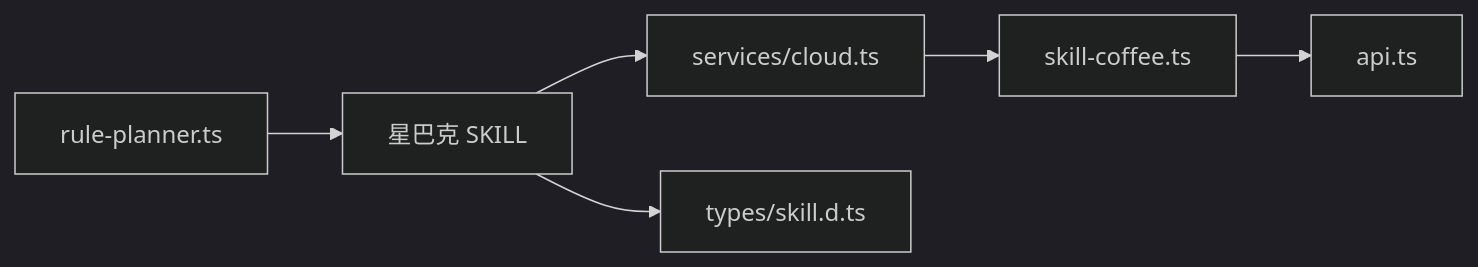
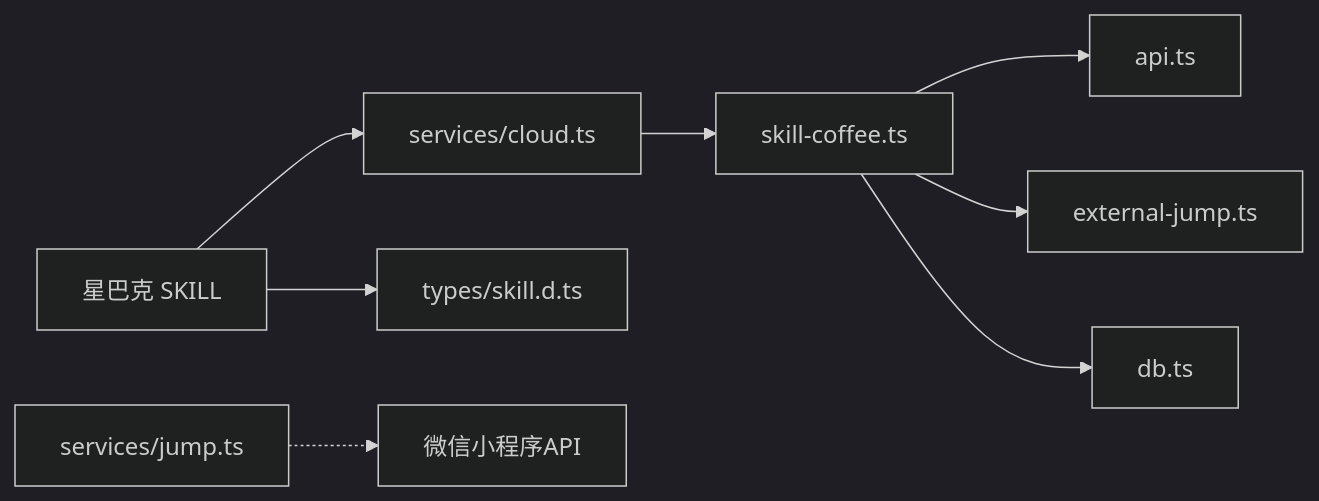
Before and after one commit to Ichi-Hackton/WAIC-WeChat-MiniProgram: the tenth of 10 diagrams in .qoder/repowiki/zh/content/云端服务/SKILL服务端点/星巴克咖啡SKILL.md, drawn with Mermaid (dark theme). The commit also changed other lines of this file and 26 other files, not shown here.

````diff
--- a/.qoder/repowiki/zh/content/云端服务/SKILL服务端点/星巴克咖啡SKILL.md
+++ b/.qoder/repowiki/zh/content/云端服务/SKILL服务端点/星巴克咖啡SKILL.md
@@ -402,8 +478,10 @@
 ```mermaid
 graph LR
 SB["星巴克 SKILL"] --> CLD["services/cloud.ts"]
 SB --> TYP["types/skill.d.ts"]
-PLR["rule-planner.ts"] --> SB
 SCR["skill-coffee.ts"] --> API["api.ts"]
+SCR --> EJ["external-jump.ts"]
+SCR --> DB["db.ts"]
 CLD --> SCR
+JUMP["services/jump.ts"] -.-> WX["微信小程序API"]
 ```
````
